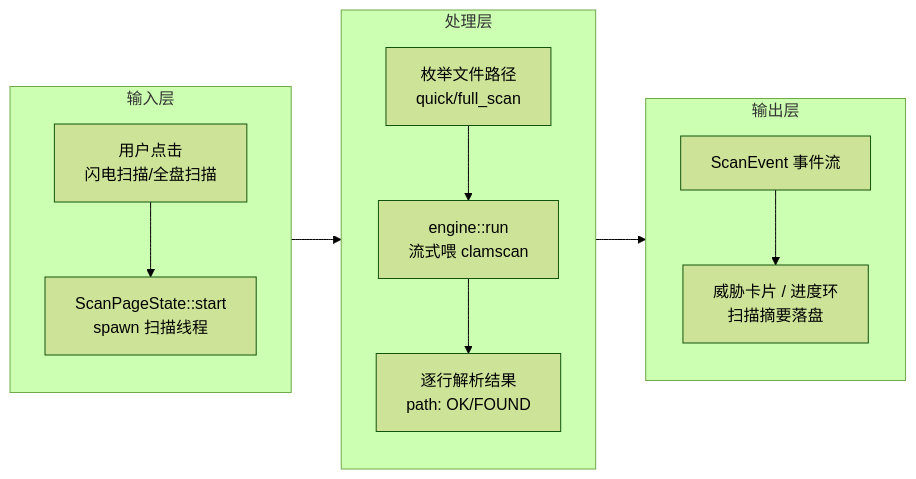
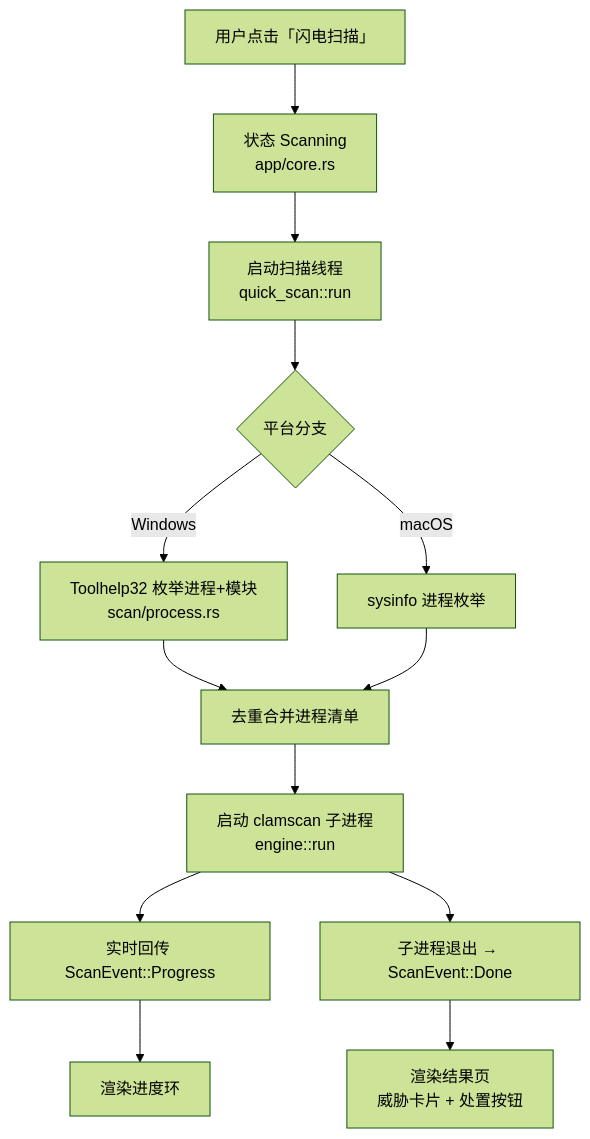
One commit to sopaco/CLV3000 changed the second of 7 diagrams in .terrain/human/3.工作流.md. Above: the diagram before and after it, drawn with Mermaid (forest theme). The commit also changed other lines of this file and 11 other files, not shown here.

````diff
--- a/.terrain/human/3.工作流.md
+++ b/.terrain/human/3.工作流.md
@@ -13,14 +49,15 @@
 ```mermaid
-flowchart LR
-    subgraph inputLayer["输入层"]
-        A["用户点击<br/>闪电扫描/全盘扫描"] --> B["ScanPageState::start<br/>spawn 扫描线程"]
-    end
-    subgraph processLayer["处理层"]
-        C["枚举文件路径<br/>quick/full_scan"] --> D["engine::run<br/>流式喂 clamscan"]
-        D --> E["逐行解析结果<br/>path: OK/FOUND"]
-    end
-    subgraph outputLayer["输出层"]
-        F["ScanEvent 事件流"] --> G["威胁卡片 / 进度环<br/>扫描摘要落盘"]
-    end
-    inputLayer --> processLayer --> outputLayer
+flowchart TD
+    A["用户点击「闪电扫描」"] --> B["状态 Scanning<br/>app/core.rs"]
+    B --> C["启动扫描线程<br/>quick_scan::run"]
+    C --> D{"平台分支"}
+    D -- Windows --> E["Toolhelp32 枚举进程+模块<br/>scan/process.rs"]
+    D -- macOS --> F["sysinfo 进程枚举"]
+    E --> G["去重合并进程清单"]
+    F --> G
+    G --> H["启动 clamscan 子进程<br/>engine::run"]
+    H --> I["实时回传 ScanEvent::Progress"]
+    I --> J["渲染进度环"]
+    H --> K["子进程退出 → ScanEvent::Done"]
+    K --> L["渲染结果页<br/>威胁卡片 + 处置按钮"]
 ```
````
